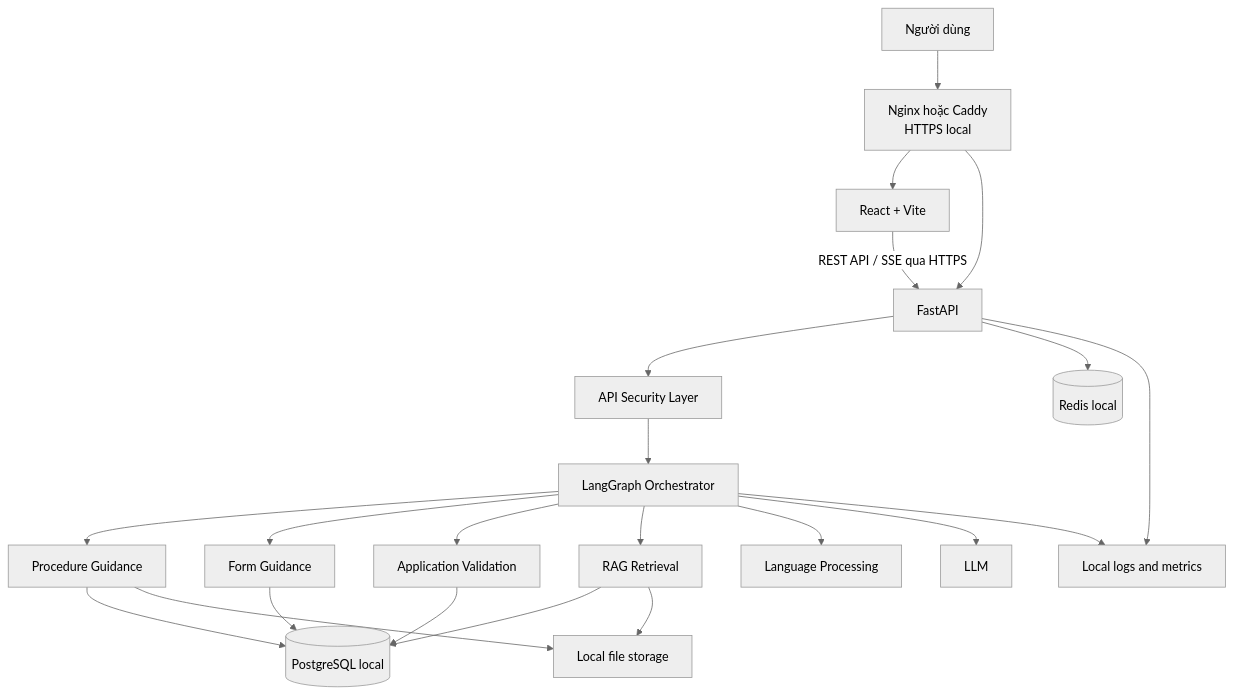
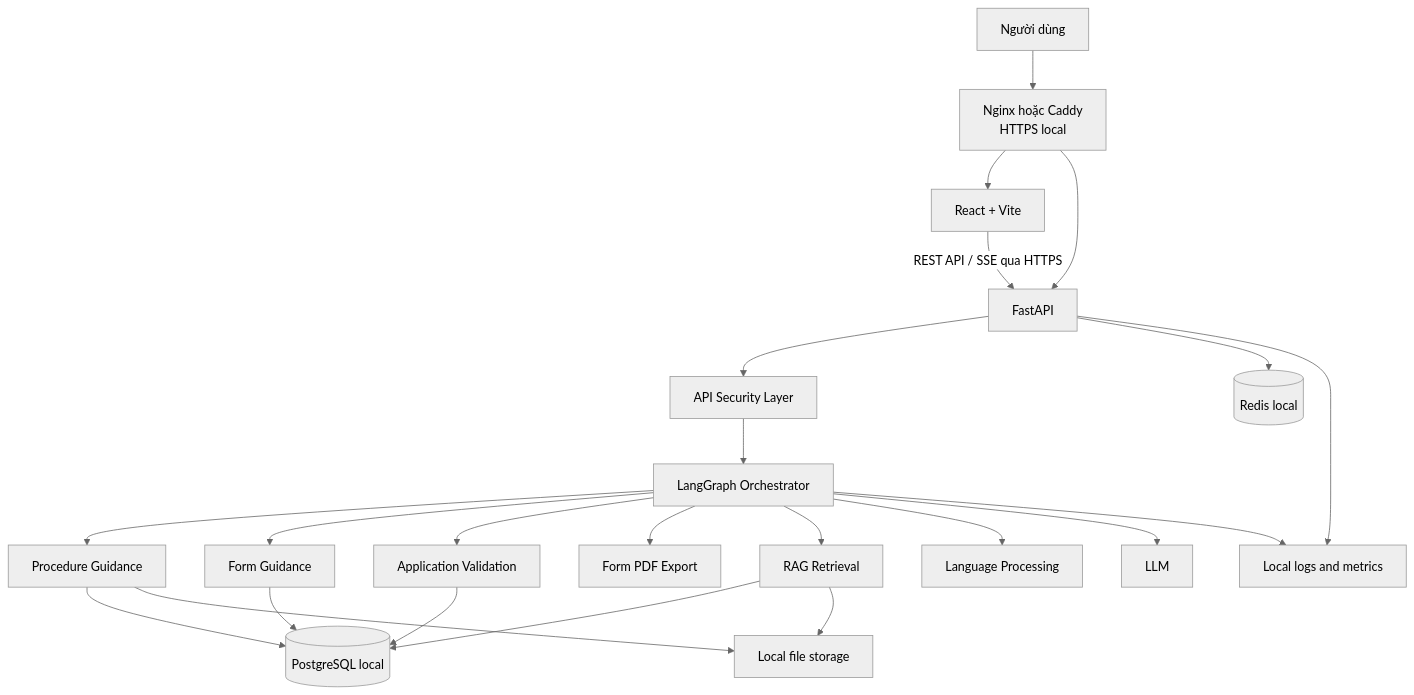
Before and after one commit to datdinh173011/docban_ai: the first of 4 diagrams in docs/01-architecture.md, drawn with Mermaid (neutral theme). The commit also changed other lines of this file and 2 other files, not shown here.

Commit message:
add template PDF export

````diff
--- a/docs/01-architecture.md
+++ b/docs/01-architecture.md
@@ -145,30 +147,31 @@
 ```mermaid
 flowchart TB
     U[Người dùng] --> RP[Nginx hoặc Caddy\nHTTPS local]
     RP --> FE[React + Vite]
     RP --> API[FastAPI]
 
     FE -->|REST API / SSE qua HTTPS| API
 
     API --> SEC[API Security Layer]
     SEC --> GRAPH[LangGraph Orchestrator]
 
     GRAPH --> PROC[Procedure Guidance]
     GRAPH --> FORM[Form Guidance]
     GRAPH --> VALID[Application Validation]
+    GRAPH --> EXPORT[Form PDF Export]
     GRAPH --> RAG[RAG Retrieval]
     GRAPH --> LANG[Language Processing]
     GRAPH --> LLM[LLM]
 
     API --> REDIS[(Redis local)]
     PROC --> PG[(PostgreSQL local)]
     FORM --> PG
     VALID --> PG
     RAG --> PG
 
     RAG --> FILES[Local file storage]
     PROC --> FILES
 
     API --> LOG[Local logs and metrics]
     GRAPH --> LOG
 ```
````
